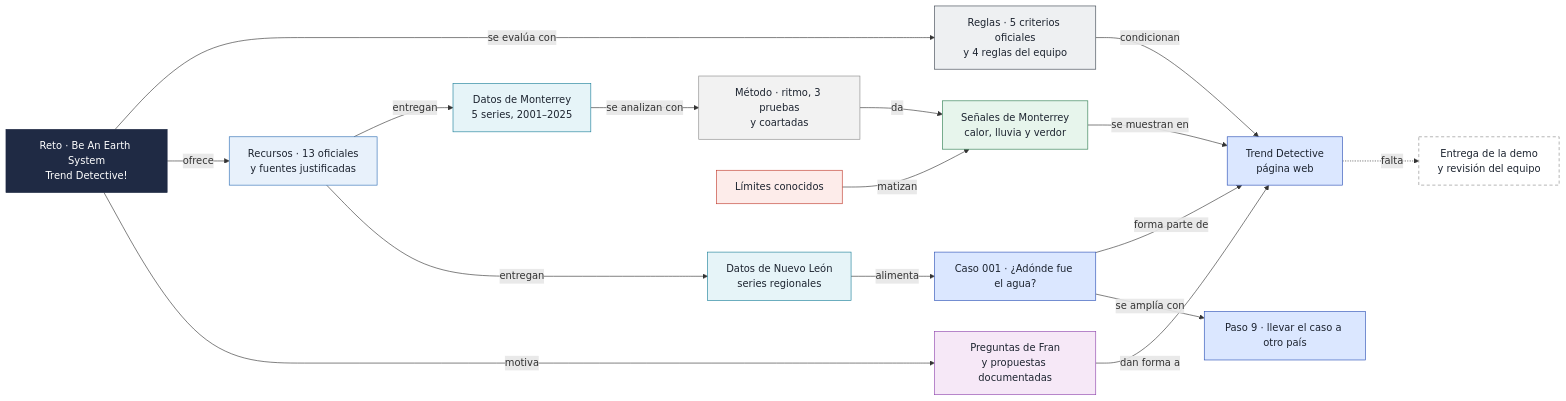
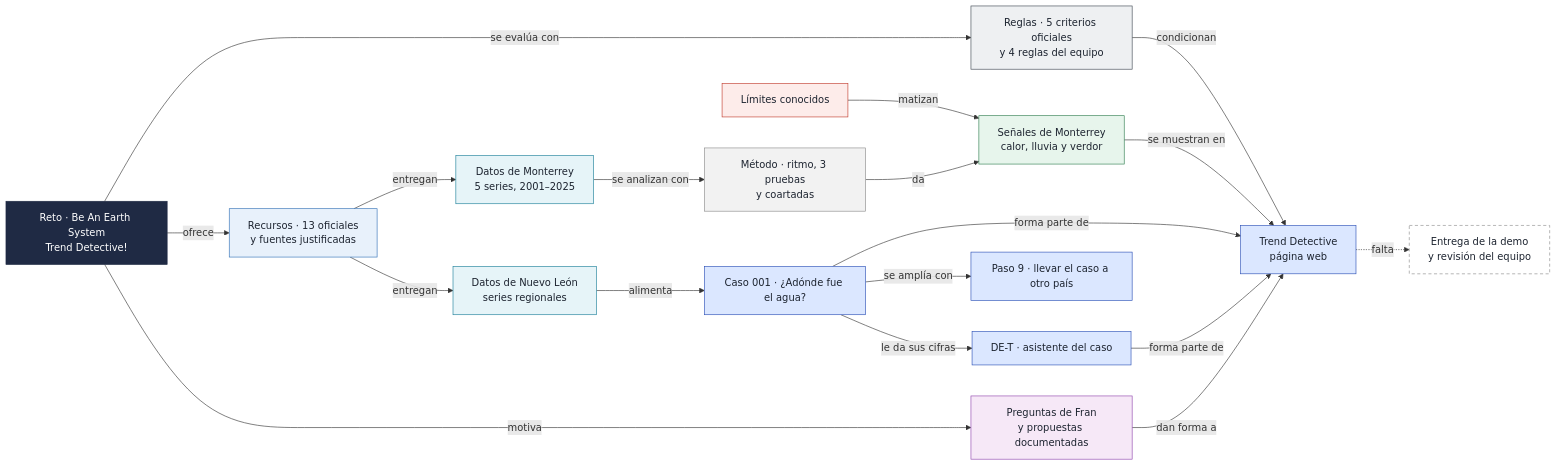
The first of 9 diagrams in docs/CONOCIMIENTO.md (Javiigxs/RAACK), drawn with Mermaid before and after one commit. The commit also changed other lines of this file and 9 other files, not shown here.

````diff
--- a/docs/CONOCIMIENTO.md
+++ b/docs/CONOCIMIENTO.md
@@ -23,51 +24,54 @@
 ```mermaid
 flowchart LR
   reto["Reto · Be An Earth System<br/>Trend Detective!"]
   g_reglas["Reglas · 5 criterios oficiales<br/>y 4 reglas del equipo"]
   g_preguntas["Preguntas de Fran<br/>y propuestas documentadas"]
   g_recursos["Recursos · 13 oficiales<br/>y fuentes justificadas"]
   g_mty["Datos de Monterrey<br/>5 series, 2001–2025"]
   g_nl["Datos de Nuevo León<br/>series regionales"]
   g_metodo["Método · ritmo, 3 pruebas<br/>y coartadas"]
   g_hallazgos["Señales de Monterrey<br/>calor, lluvia y verdor"]
   g_limites["Límites conocidos"]
   p_agua["Caso 001 · ¿Adónde fue el agua?"]
   p_mundo["Paso 9 · llevar el caso a otro país"]
   p_pagina["Trend Detective<br/>página web"]
+  p_dete["DE-T · asistente del caso"]
   g_pendientes["Entrega de la demo<br/>y revisión del equipo"]
   reto -->|se evalúa con| g_reglas
   reto -->|ofrece| g_recursos
   reto -->|motiva| g_preguntas
   g_recursos -->|entregan| g_mty
   g_recursos -->|entregan| g_nl
   g_mty -->|se analizan con| g_metodo
   g_metodo -->|da| g_hallazgos
   g_limites -->|matizan| g_hallazgos
   g_preguntas -->|dan forma a| p_pagina
   g_hallazgos -->|se muestran en| p_pagina
   g_reglas -->|condicionan| p_pagina
   p_pagina -.->|falta| g_pendientes
   g_nl -->|alimenta| p_agua
   p_agua -->|forma parte de| p_pagina
   p_agua -->|se amplía con| p_mundo
+  p_dete -->|forma parte de| p_pagina
+  p_agua -->|le da sus cifras| p_dete
   classDef reto fill:#1f2a44,stroke:#1f2a44,color:#ffffff
   class reto reto
   classDef grupo fill:#eef0f2,stroke:#3d4650,color:#1d2430
   class g_reglas grupo
   classDef pregunta fill:#f6e8f7,stroke:#8e44ad,color:#1d2430
   class g_preguntas pregunta
   classDef recurso fill:#e8f1fb,stroke:#2f6fb5,color:#1d2430
   class g_recursos recurso
   classDef dato fill:#e6f4f8,stroke:#1b7f99,color:#1d2430
   class g_mty,g_nl dato
   classDef metodo fill:#f2f2f2,stroke:#8a8a8a,color:#1d2430
   class g_metodo metodo
   classDef hallazgo fill:#e7f5ec,stroke:#2e7d4f,color:#1d2430
   class g_hallazgos hallazgo
   classDef limite fill:#fdecea,stroke:#c0392b,color:#1d2430
   class g_limites limite
   classDef pagina fill:#dbe7ff,stroke:#2a4fb5,color:#1d2430
-  class p_agua,p_mundo,p_pagina pagina
+  class p_agua,p_mundo,p_pagina,p_dete pagina
   classDef pendiente fill:#ffffff,stroke:#8a8a8a,stroke-dasharray:5 4,color:#1d2430
   class g_pendientes pendiente
 ```
````
